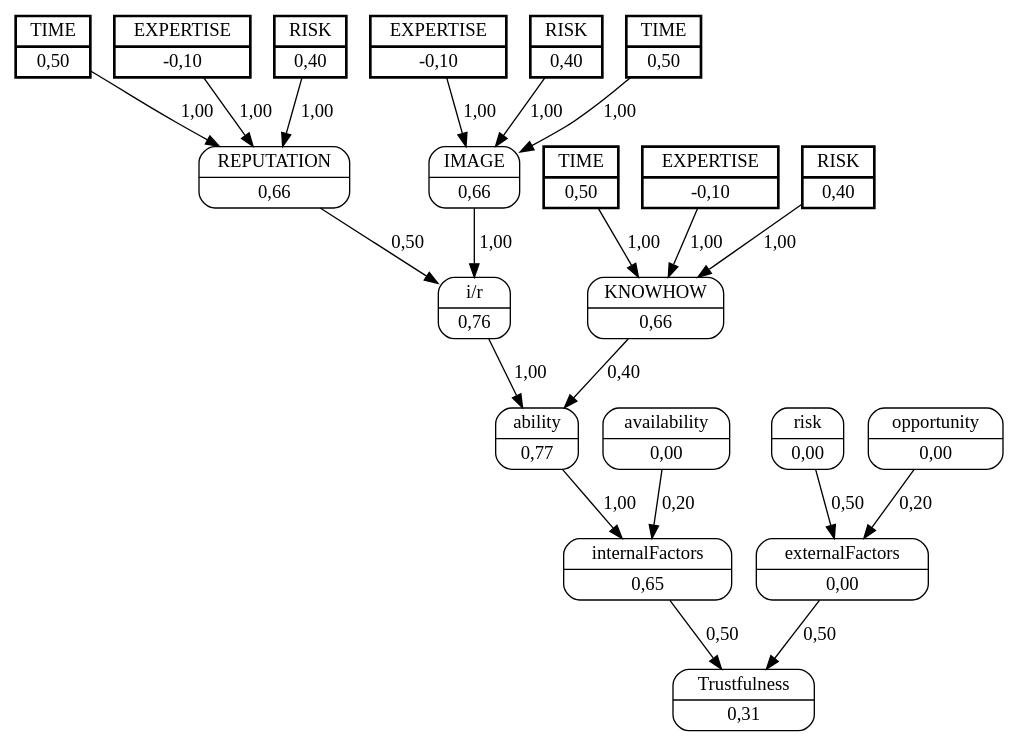
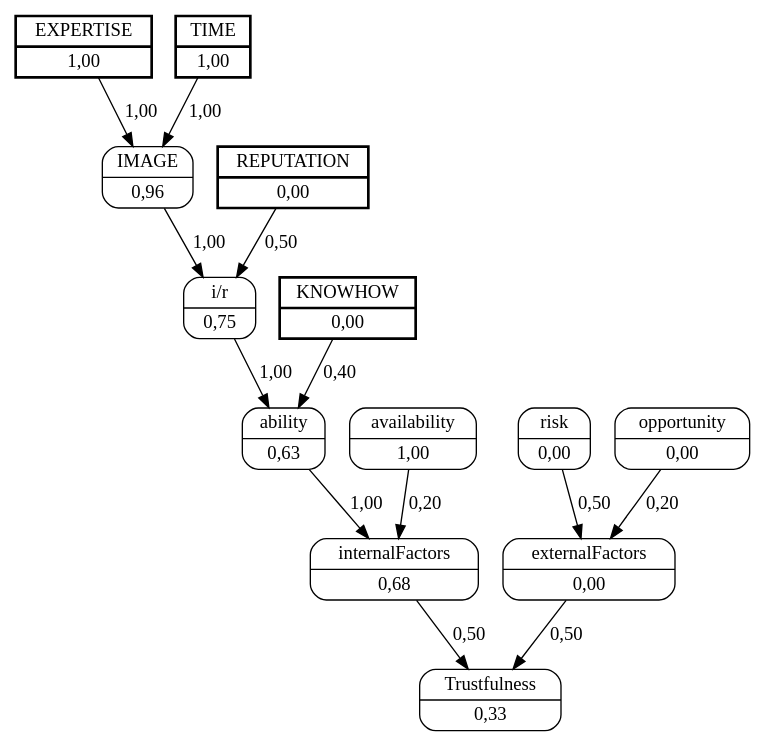
One commit to jjbaqueta/unload_experiment changed the diagram in unload_boxes/dots/truck_10worker_1.dot. Above: the diagram before and after it, drawn with Graphviz. The commit also changed 50 other files, not shown here.

```diff
--- a/unload_boxes/dots/truck_10worker_1.dot
+++ b/unload_boxes/dots/truck_10worker_1.dot
@@ -1,47 +1,29 @@
 digraph FCM_net{
 	node [shape=record, style=rounded]
-	11 [label="{EXPERTISE | -0,10}", style=bold, penwidth=2, peripheries=2];
-	12 [label="{RISK | 0,40}", style=bold, penwidth=2, peripheries=2];
-	13 [label="{TIME | 0,50}", style=bold, penwidth=2, peripheries=2];
-	14 [label="{EXPERTISE | -0,10}", style=bold, penwidth=2, peripheries=2];
-	15 [label="{RISK | 0,40}", style=bold, penwidth=2, peripheries=2];
-	16 [label="{TIME | 0,50}", style=bold, penwidth=2, peripheries=2];
-	17 [label="{EXPERTISE | -0,10}", style=bold, penwidth=2, peripheries=2];
-	18 [label="{RISK | 0,40}", style=bold, penwidth=2, peripheries=2];
-	19 [label="{TIME | 0,50}", style=bold, penwidth=2, peripheries=2];
-	0 [label="{IMAGE | 0,66}"];
-	1 [label="{REPUTATION | 0,66}"];
-	2 [label="{KNOWHOW | 0,66}"];
-	3 [label="{i/r | 0,76}"];
-	4 [label="{ability | 0,77}"];
-	5 [label="{availability | 0,00}"];
-	6 [label="{internalFactors | 0,65}"];
+	11 [label="{EXPERTISE | 1,00}", style=bold, penwidth=2, peripheries=2];
+	12 [label="{TIME | 1,00}", style=bold, penwidth=2, peripheries=2];
+	1 [label="{REPUTATION | 0,00}", style=bold, penwidth=2, peripheries=2];
+	2 [label="{KNOWHOW | 0,00}", style=bold, penwidth=2, peripheries=2];
+	0 [label="{IMAGE | 0,96}"];
+	3 [label="{i/r | 0,75}"];
+	4 [label="{ability | 0,63}"];
+	5 [label="{availability | 1,00}"];
+	6 [label="{internalFactors | 0,68}"];
 	7 [label="{risk | 0,00}"];
 	8 [label="{opportunity | 0,00}"];
 	9 [label="{externalFactors | 0,00}"];
-	10 [label="{Trustfulness | 0,31}"];
-	11 [label="{EXPERTISE | -0,10}"];
-	12 [label="{RISK | 0,40}"];
-	13 [label="{TIME | 0,50}"];
-	15 [label="{RISK | 0,40}"];
-	17 [label="{EXPERTISE | -0,10}"];
+	10 [label="{Trustfulness | 0,33}"];
+	11 [label="{EXPERTISE | 1,00}"];
 	0 -> 3 [label = "1,00"];
 	1 -> 3 [label = "0,50"];
 	3 -> 4 [label = "1,00"];
 	2 -> 4 [label = "0,40"];
 	4 -> 6 [label = "1,00"];
 	5 -> 6 [label = "0,20"];
 	6 -> 10 [label = "0,50"];
 	7 -> 9 [label = "0,50"];
 	8 -> 9 [label = "0,20"];
 	9 -> 10 [label = "0,50"];
 	11 -> 0 [label = "1,00"];
 	12 -> 0 [label = "1,00"];
-	13 -> 0 [label = "1,00"];
-	14 -> 1 [label = "1,00"];
-	15 -> 1 [label = "1,00"];
-	16 -> 1 [label = "1,00"];
-	17 -> 2 [label = "1,00"];
-	18 -> 2 [label = "1,00"];
-	19 -> 2 [label = "1,00"];
 }
```
